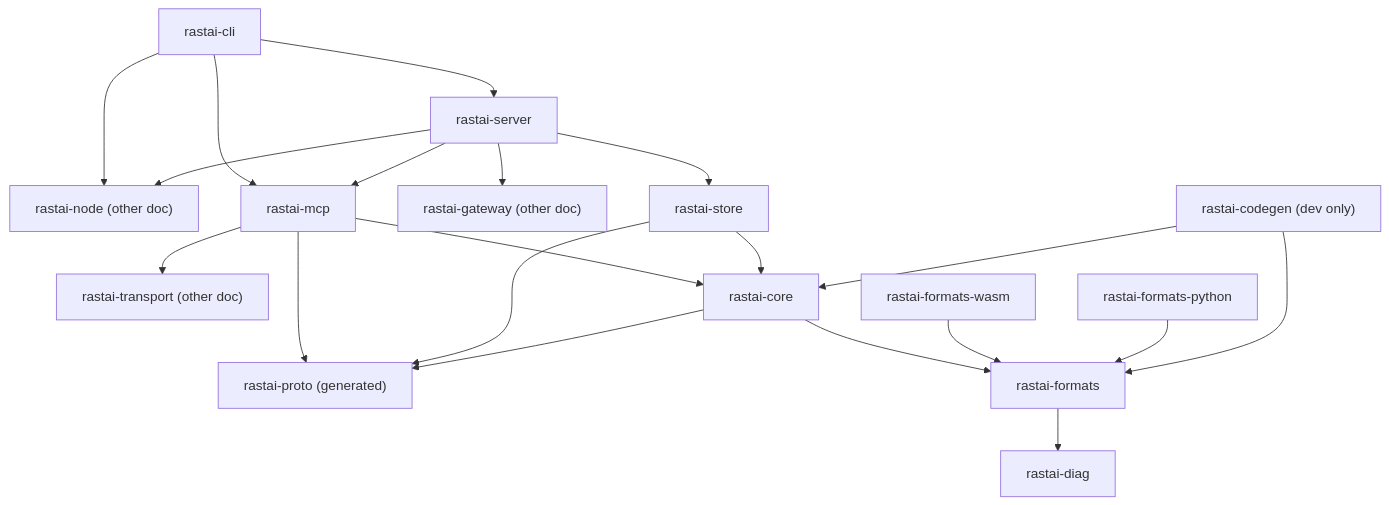
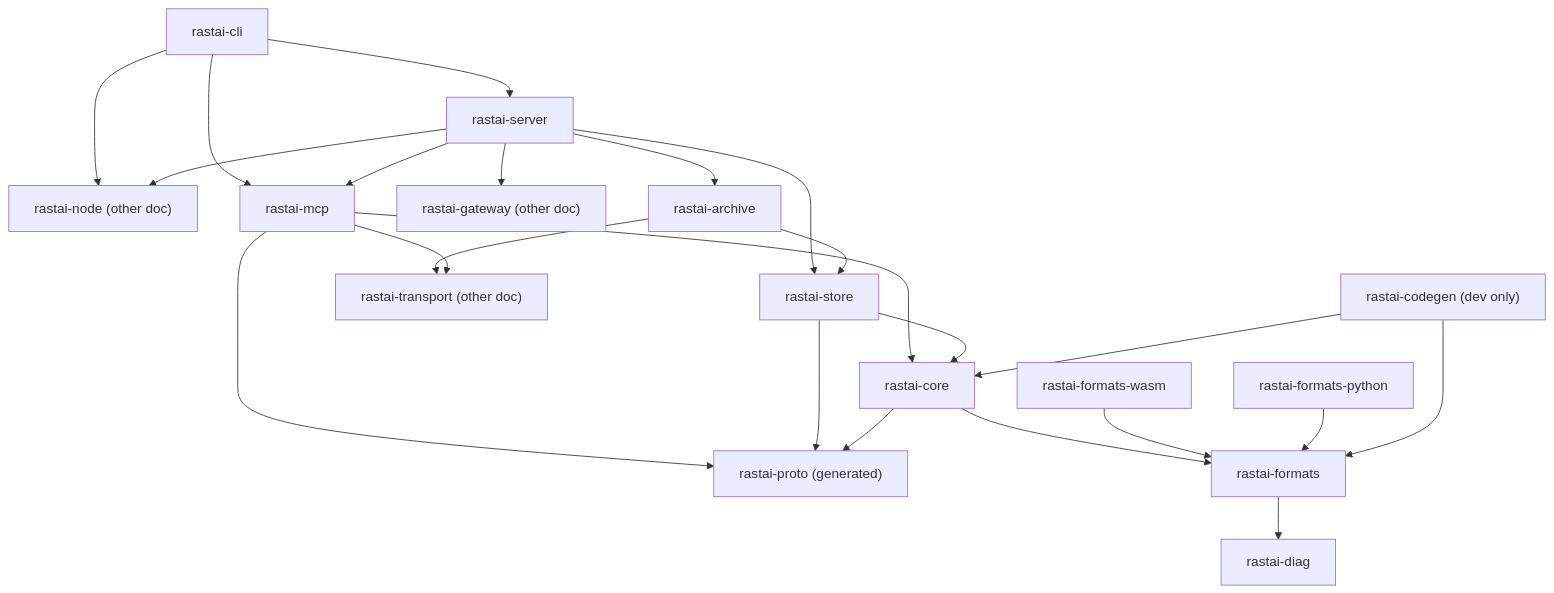
One commit to Snubiss/RASTAI-Research-Studio changed the first of 7 diagrams in docs/architecture/layout/rust-control-plane.md. Above: the diagram before and after it, drawn with Mermaid. The commit also changed other lines of this file and 44 other files, not shown here.

````diff
--- a/docs/architecture/layout/rust-control-plane.md
+++ b/docs/architecture/layout/rust-control-plane.md
@@ -36,22 +42,25 @@
 ```mermaid
 flowchart TD
   CLI["rastai-cli"] --> SRV["rastai-server"]
   CLI --> NODE["rastai-node (other doc)"]
   CLI --> MCP["rastai-mcp"]
   SRV --> NODE
   SRV --> GW["rastai-gateway (other doc)"]
   SRV --> MCP
+  SRV --> ARCH["rastai-archive"]
   SRV --> STORE["rastai-store"]
-  MCP --> TR["rastai-transport (other doc)"]
+  ARCH --> STORE
+  ARCH --> TR["rastai-transport (other doc)"]
+  MCP --> TR
   MCP --> CORE["rastai-core"]
   MCP --> PROTO
   STORE --> CORE
   STORE --> PROTO["rastai-proto (generated)"]
   CORE --> FMT["rastai-formats"]
   CORE --> PROTO
   FMT --> DIAG["rastai-diag"]
   WASM["rastai-formats-wasm"] --> FMT
   PY["rastai-formats-python"] --> FMT
   CG["rastai-codegen (dev only)"] --> CORE
   CG --> FMT
 ```
````
